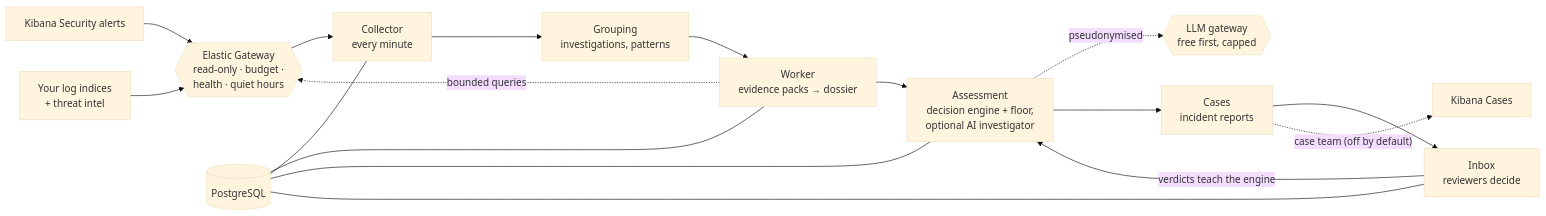
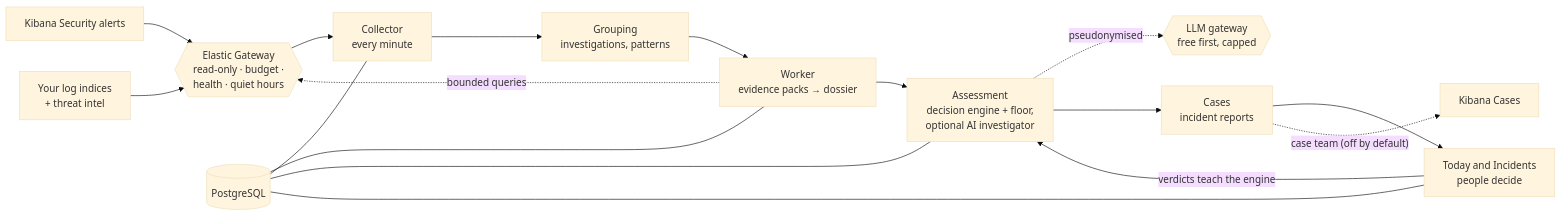
The diagram in README.md (sankettaware16/argus), drawn with Mermaid (base theme) before and after one commit. The commit also changed other lines of this file and 209 other files, not shown here.

````diff
--- a/README.md
+++ b/README.md
@@ -134,16 +146,16 @@
 ```mermaid
 flowchart LR
   A["Kibana Security alerts"] --> G{{"Elastic Gateway<br/>read-only · budget ·<br/>health · quiet hours"}}
   L["Your log indices<br/>+ threat intel"] --> G
   G --> C["Collector<br/>every minute"]
   C --> GR["Grouping<br/>investigations, patterns"]
   GR --> W["Worker<br/>evidence packs → dossier"]
   W -. "bounded queries" .-> G
   W --> AS["Assessment<br/>decision engine + floor,<br/>optional AI investigator"]
   AS -. "pseudonymised" .-> LLM{{"LLM gateway<br/>free first, capped"}}
   AS --> CS["Cases<br/>incident reports"]
-  CS --> UI["Inbox<br/>reviewers decide"]
+  CS --> UI["Today and Incidents<br/>people decide"]
   UI -- "verdicts teach the engine" --> AS
   CS -. "case team (off by default)" .-> KC["Kibana Cases"]
   DB[("PostgreSQL")] --- C & W & AS & UI
 ```
````
